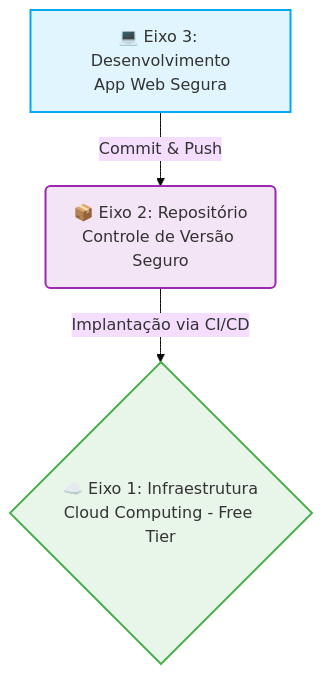
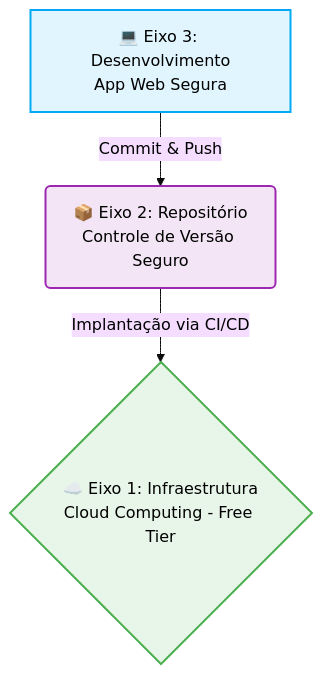
The first of 2 diagrams in Escopo_e_elementos_obrigatorios.md (ziraldocardoso/Projeto_Aplicado-praticas_de_mercado), drawn with Mermaid (base theme) before and after one commit. The commit also changed other lines of this file, not shown here.

Commit message:
Formata fontes dos diagramas Mermaid para preto e adiciona sublinhado nas metas obrigatórias

````diff
--- a/Escopo_e_elementos_obrigatorios.md
+++ b/Escopo_e_elementos_obrigatorios.md
@@ -13,10 +13,11 @@
 ```mermaid
 graph TD
     A[💻 Eixo 3: Desenvolvimento<br/>App Web Segura] -->|Commit & Push| B(📦 Eixo 2: Repositório<br/>Controle de Versão Seguro)
     B -->|Implantação via CI/CD| C{☁️ Eixo 1: Infraestrutura<br/>Cloud Computing - Free Tier}
     
-    style A fill:#e1f5fe,stroke:#03a9f4,stroke-width:2px
-    style B fill:#f3e5f5,stroke:#9c27b0,stroke-width:2px
-    style C fill:#e8f5e9,stroke:#4caf50,stroke-width:2px
+    style A fill:#e1f5fe,stroke:#03a9f4,stroke-width:2px,color:#000000
+    style B fill:#f3e5f5,stroke:#9c27b0,stroke-width:2px,color:#000000
+    style C fill:#e8f5e9,stroke:#4caf50,stroke-width:2px,color:#000000
+    linkStyle default color:#000000
 
 ```
````
